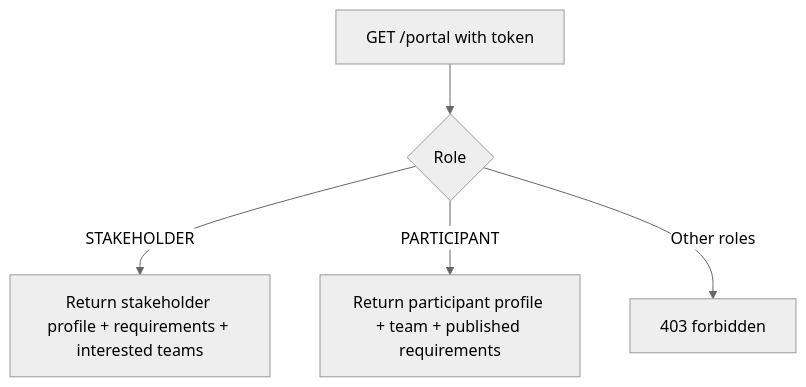
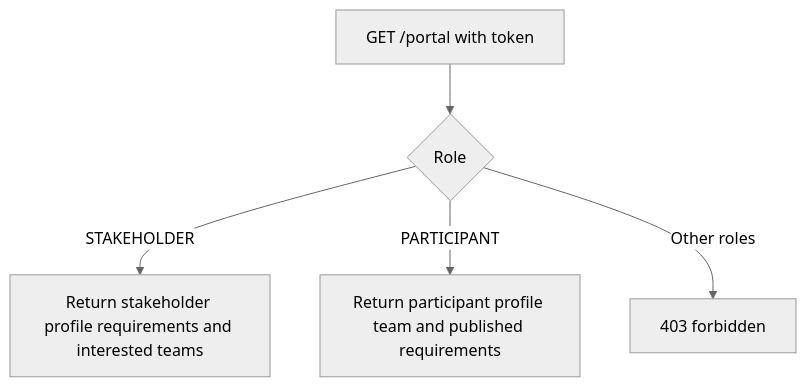
Before and after one commit to BradyTun/Let-s-Tech-Project-Planning-App: the ninth of 9 diagrams in API_WORKFLOWS.md, drawn with Mermaid (neutral theme). The commit also changed other lines of this file and 2 other files, not shown here.

````diff
--- a/API_WORKFLOWS.md
+++ b/API_WORKFLOWS.md
@@ -211,7 +211,7 @@
 ```mermaid
 flowchart TD
-    A[GET /portal with token] --> B{Role}
-    B -->|STAKEHOLDER| C[Return stakeholder profile + requirements + interested teams]
-    B -->|PARTICIPANT| D[Return participant profile + team + published requirements]
-    B -->|Other roles| E[403 forbidden]
+    A["GET /portal with token"] --> B{"Role"}
+    B -->|STAKEHOLDER| C["Return stakeholder profile requirements and interested teams"]
+    B -->|PARTICIPANT| D["Return participant profile team and published requirements"]
+    B -->|Other roles| E["403 forbidden"]
 ```
````
